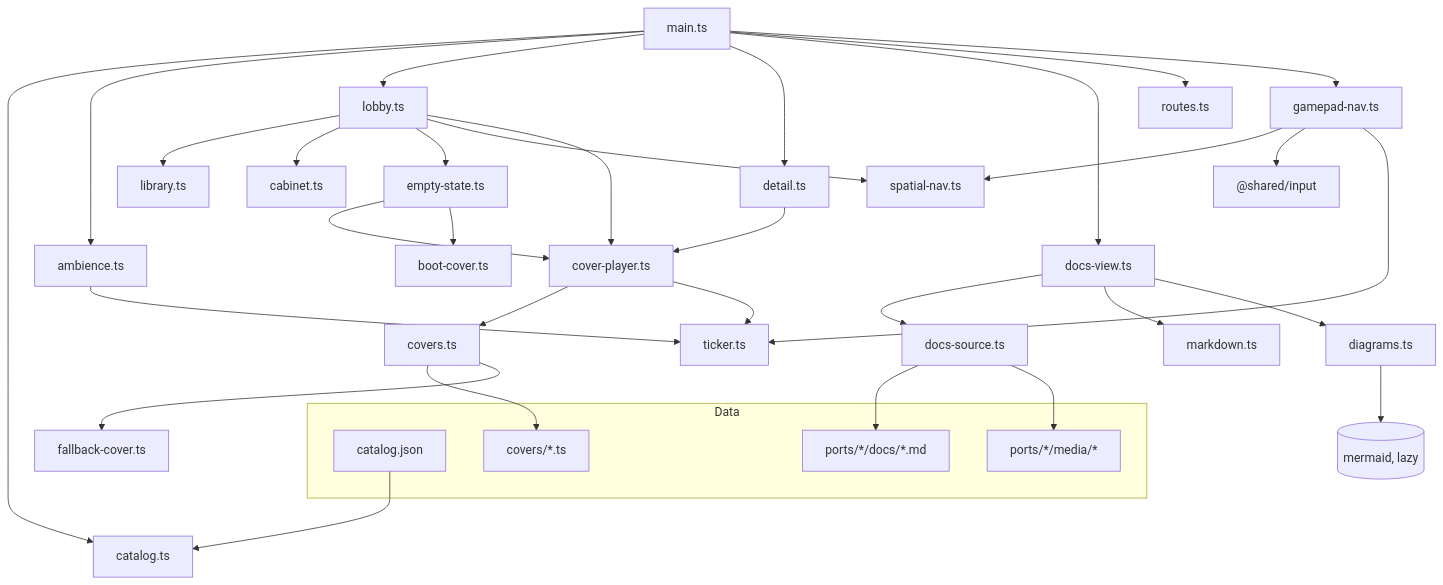
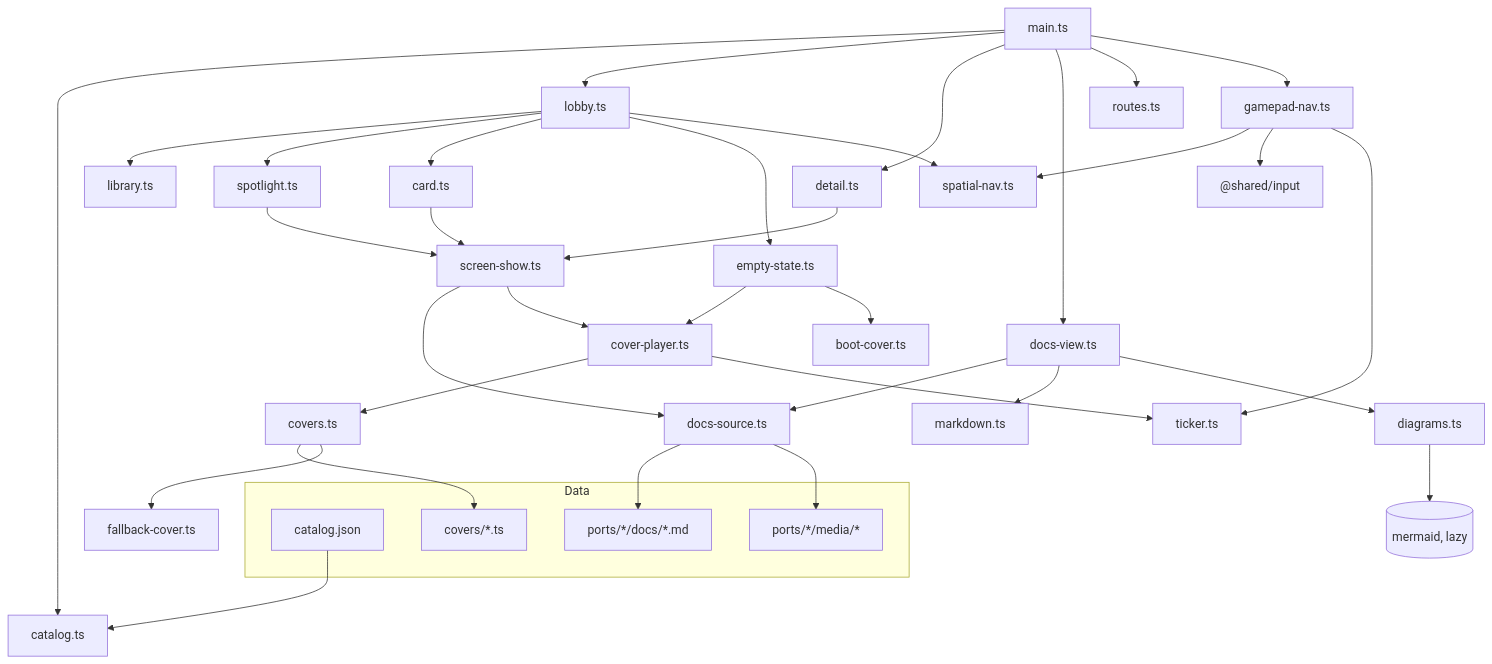
One commit to agunawijaya/NeoArcade changed the first of 5 diagrams in docs/HALL-ARCHITECTURE.md. Above: the diagram before and after it, drawn with Mermaid. The commit also changed other lines of this file and 43 other files, not shown here.

````diff
--- a/docs/HALL-ARCHITECTURE.md
+++ b/docs/HALL-ARCHITECTURE.md
@@ -56,45 +61,47 @@
 ```mermaid
 flowchart TB
   subgraph Data
     catalogJson[catalog.json]
     coverFiles["covers/*.ts"]
     portDocs["ports/*/docs/*.md"]
     portMedia["ports/*/media/*"]
   end
 
   main[main.ts]
   main --> catalog[catalog.ts]
-  main --> ambience[ambience.ts]
   main --> lobby[lobby.ts]
   main --> detail[detail.ts]
   main --> docsView[docs-view.ts]
   main --> routes[routes.ts]
   main --> gamepad[gamepad-nav.ts]
 
   catalogJson --> catalog
   lobby --> library[library.ts]
-  lobby --> cabinet[cabinet.ts]
+  lobby --> spotlight[spotlight.ts]
+  lobby --> card[card.ts]
   lobby --> emptyState[empty-state.ts]
   lobby --> spatial[spatial-nav.ts]
   gamepad --> spatial
   gamepad --> input["@shared/input"]
 
-  lobby --> player[cover-player.ts]
-  detail --> player
+  spotlight --> show[screen-show.ts]
+  card --> show
+  detail --> show
+  show --> docsSource[docs-source.ts]
+  show --> player[cover-player.ts]
   emptyState --> player
   player --> covers[covers.ts]
   covers --> coverFiles
   covers --> fallback[fallback-cover.ts]
   emptyState --> boot[boot-cover.ts]
 
-  docsView --> docsSource[docs-source.ts]
+  docsView --> docsSource
   docsView --> markdown[markdown.ts]
   docsView --> diagrams[diagrams.ts]
   docsSource --> portDocs
   docsSource --> portMedia
   diagrams --> mermaid[(mermaid, lazy)]
 
-  ambience --> ticker[ticker.ts]
-  player --> ticker
+  player --> ticker[ticker.ts]
   gamepad --> ticker
 ```
````
